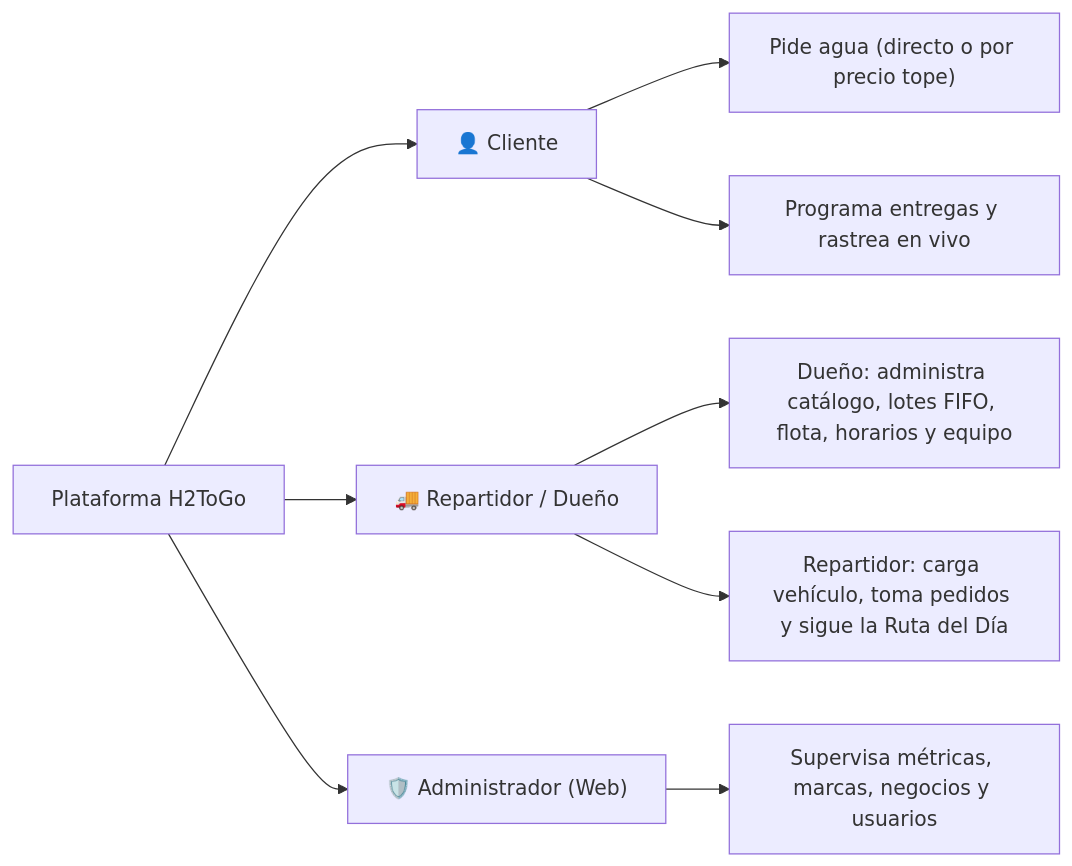
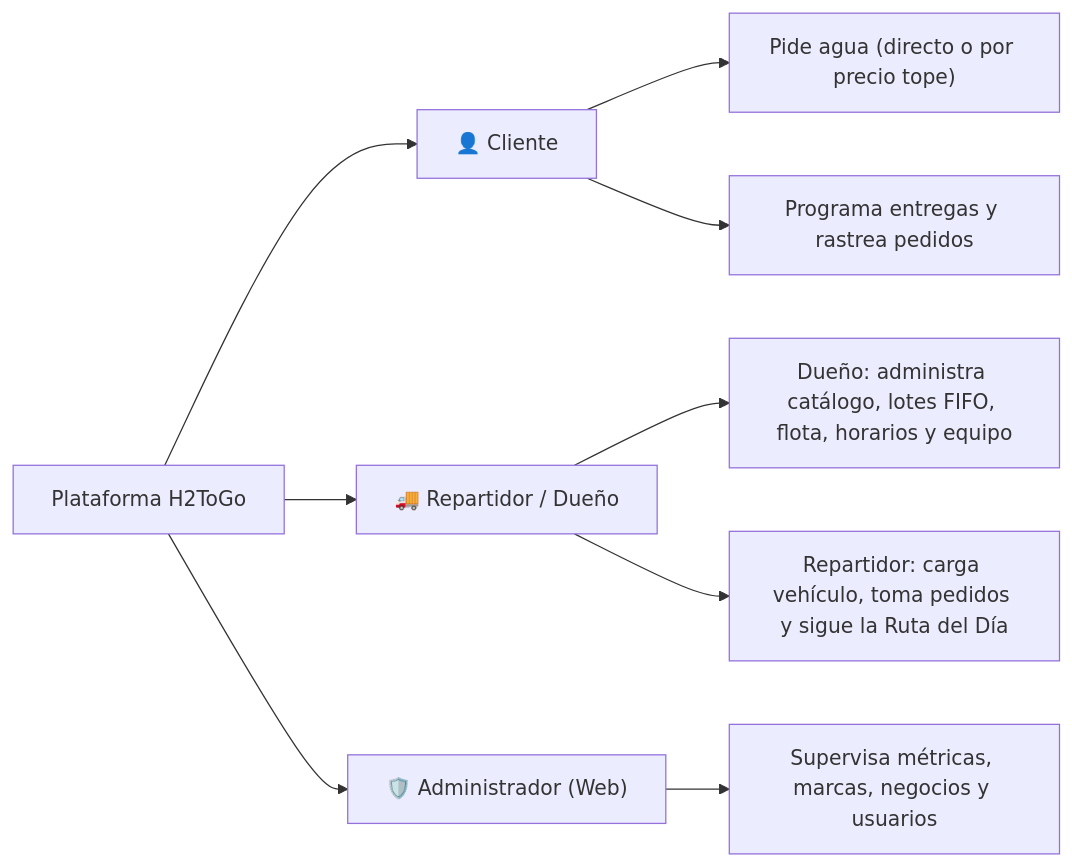
Before and after one commit to Brandonttt/H2ToGo: the first of 3 diagrams in README.md, drawn with Mermaid. The commit also changed other lines of this file, not shown here.

````diff
--- a/README.md
+++ b/README.md
@@ -48,11 +48,11 @@
 ```mermaid
 flowchart LR
     U["Plataforma H2ToGo"] --> C["👤 Cliente"]
     U --> R["🚚 Repartidor / Dueño"]
     U --> A["🛡️ Administrador (Web)"]
     C --> C1["Pide agua (directo o por precio tope)"]
-    C --> C2["Programa entregas y rastrea en vivo"]
+    C --> C2["Programa entregas y rastrea pedidos"]
     R --> R1["Dueño: administra catálogo, lotes FIFO, flota, horarios y equipo"]
     R --> R2["Repartidor: carga vehículo, toma pedidos y sigue la Ruta del Día"]
     A --> A1["Supervisa métricas, marcas, negocios y usuarios"]
 ```
````
